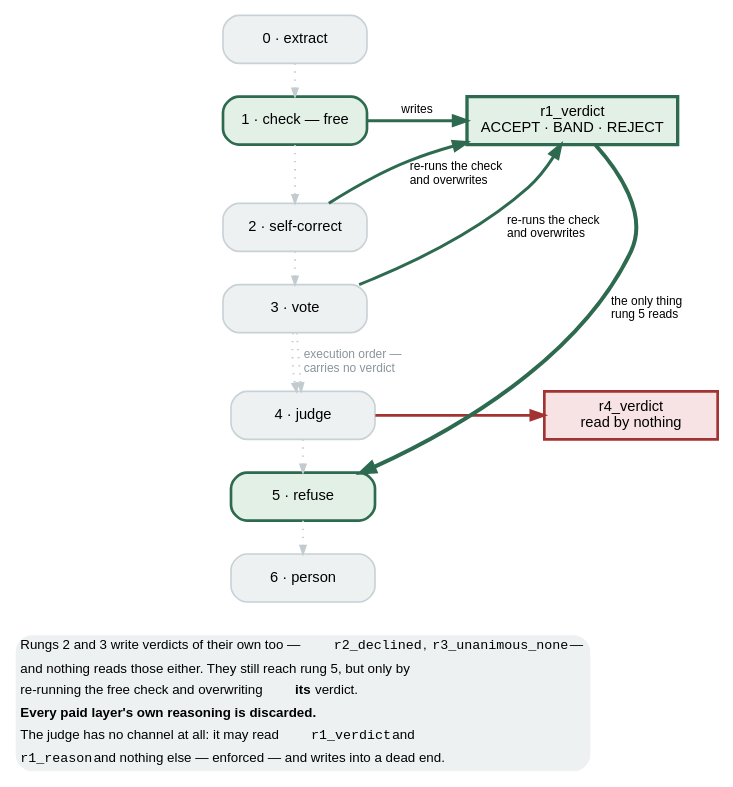
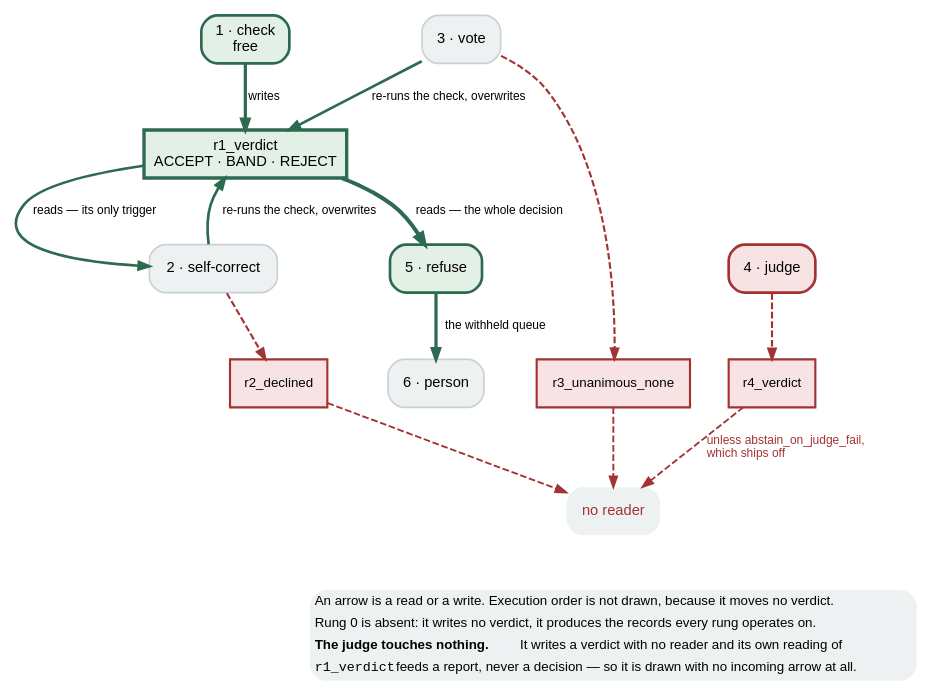
One commit to wbagais/reliability-ladder changed the diagram in docs/figures/fig1-wiring.dot. Above: the diagram before and after it, drawn with Graphviz. The commit also changed 3 other files, not shown here.

First line of the commit message:
redraw the wiring figure again: an arrow means a read or a write

```diff
--- a/docs/figures/fig1-wiring.dot
+++ b/docs/figures/fig1-wiring.dot
@@ -1,58 +1,61 @@
-// What actually propagates up the ladder. Redrawn 2026-09-03.
+// VERDICT FLOW. Redrawn twice on 2026-09-03.
 //
-// THE DEFECT IN THE PREVIOUS VERSION: it drew execution order and data flow as
-// the same kind of arrow, in a diagram whose entire subject is what reads what.
-// A reader could only conclude the judge reads from the vote. It does not: r4's
-// input boundary is ENFORCED to `r1_verdict` and `r1_reason` and nothing else
-// (ladder/rungs/r4.py:24). Execution order is now dotted grey and labelled;
-// every solid arrow is a real read or write.
+// RULE FOR THIS FIGURE, and it is the owner's: an arrow exists only where a rung
+// genuinely READS or WRITES. Execution order is not a link and is not drawn — the
+// previous version drew it as a dotted spine, which made it look as though the
+// judge consumes the vote. It does not.
 //
-// IT ALSO MISSED THE FINDING. The old figure showed three orphaned fields. But
-// rungs 2 and 3 RE-RUN `r1.zone()` after changing a code and overwrite
-// `r1_verdict` (r2.py:451, r3.py:218) — so they do reach rung 5, through the
-// free check's channel rather than their own. Rung 4 alone has no channel.
+// Rung 0 is absent because it writes no verdict; it produces the records every
+// rung then operates on. Rung 4's read of `r1_verdict` is NOT drawn: it happens
+// (r4.py:267) but only to build the aggregate report, never to judge.
+// `r4_verdict` has a reader ONLY under `abstain_on_judge_fail`, which is off in
+// the shipped configuration — drawn dashed and labelled as such.
 //
-// COLOUR KEY: green #2d6a4f the free check and its channel · red #a33333 dead
-// end · grey execution order, which carries no information.
-digraph wiring {
-  rankdir=TB; bgcolor="white"; ranksep=0.34; nodesep=0.5;
+// Sources: r1 writes (r1.py) · r2 reads as its trigger (r2.py:347) and rewrites
+// (r2.py:451) · r3 rewrites (r3.py:218) · r5 reads (r5.py:82) · r6 takes r5's
+// ABSTAIN residue with checks.withheld (r6.py:94).
+digraph verdicts {
+  rankdir=TB; bgcolor="white"; ranksep=0.55; nodesep=0.4;
   node [shape=box style="filled,rounded" fontname="Helvetica" fontsize=11
-        fillcolor="#eef1f2" color="#c8d1d5" penwidth=1.2 width=1.5];
-  edge [fontname="Helvetica" fontsize=9];
+        fillcolor="#eef1f2" color="#c8d1d5" penwidth=1.2];
+  edge [fontname="Helvetica" fontsize=9 arrowsize=0.8];
 
-  R0 [label="0 · extract"];
-  R1 [label="1 · check — free" fillcolor="#e3f0e6" color="#2d6a4f" penwidth=2];
+  R1 [label="1 · check\nfree" fillcolor="#e3f0e6" color="#2d6a4f" penwidth=2];
   R2 [label="2 · self-correct"];
   R3 [label="3 · vote"];
-  R4 [label="4 · judge"];
+  R4 [label="4 · judge" fillcolor="#f7e3e3" color="#a33333" penwidth=2];
   R5 [label="5 · refuse" fillcolor="#e3f0e6" color="#2d6a4f" penwidth=2];
   R6 [label="6 · person"];
-  R0 -> R1 -> R2 -> R3 -> R4 -> R5 -> R6
-     [style=dotted color="#c3cbcf" arrowsize=0.6 penwidth=1.4];
-  R3 -> R4 [style=dotted color="#c3cbcf" arrowsize=0.6 penwidth=1.4
-            label="  execution order —\l  carries no verdict\l" fontcolor="#8a959a"];
 
-  V [label="r1_verdict\nACCEPT · BAND · REJECT" fillcolor="#e3f0e6"
-     color="#2d6a4f" penwidth=2.5 style="filled" width=2.2];
-  D [label="r4_verdict\nread by nothing" fillcolor="#f7e3e3" color="#a33333"
-     penwidth=2 style="filled" width=1.8];
+  V [label="r1_verdict\nACCEPT · BAND · REJECT" style=filled fillcolor="#e3f0e6"
+     color="#2d6a4f" penwidth=2.5 shape=box];
+  D2 [label="r2_declined" style=filled fillcolor="#f7e3e3" color="#a33333" penwidth=1.6 fontsize=10];
+  D3 [label="r3_unanimous_none" style=filled fillcolor="#f7e3e3" color="#a33333" penwidth=1.6 fontsize=10];
+  D4 [label="r4_verdict" style=filled fillcolor="#f7e3e3" color="#a33333" penwidth=1.6 fontsize=10];
+  NR [label="no reader" shape=plaintext fontcolor="#a33333" fontsize=11];
 
-  R1 -> V [color="#2d6a4f" penwidth=2.2 label=" writes" constraint=false];
-  R2 -> V [color="#2d6a4f" penwidth=2.2 label=" re-runs the check\l and overwrites\l" constraint=false];
-  R3 -> V [color="#2d6a4f" penwidth=2.2 label=" re-runs the check\l and overwrites\l" constraint=false];
-  V -> R5 [color="#2d6a4f" penwidth=3 label="the only thing\lrung 5 reads\l" constraint=false labeldistance=2];
-  R4 -> D [color="#a33333" penwidth=2 constraint=false];
+  R1 -> V  [color="#2d6a4f" penwidth=2.4 label="writes"];
+  V  -> R2 [color="#2d6a4f" penwidth=2.0 label="reads — its only trigger"];
+  R2 -> V  [color="#2d6a4f" penwidth=2.0 label="re-runs the check, overwrites"];
+  R3 -> V  [color="#2d6a4f" penwidth=2.0 label="re-runs the check, overwrites"];
+  V  -> R5 [color="#2d6a4f" penwidth=3.0 label="reads — the whole decision"];
+  R5 -> R6 [color="#2d6a4f" penwidth=2.4 label="the withheld queue"];
+
+  R2 -> D2 [color="#a33333" penwidth=1.6 style=dashed];
+  R3 -> D3 [color="#a33333" penwidth=1.6 style=dashed];
+  R4 -> D4 [color="#a33333" penwidth=1.6 style=dashed];
+  D2 -> NR [color="#a33333" penwidth=1.4 style=dashed];
+  D3 -> NR [color="#a33333" penwidth=1.4 style=dashed];
+  D4 -> NR [color="#a33333" penwidth=1.4 style=dashed
+            label="unless abstain_on_judge_fail,\lwhich ships off\l" fontcolor="#a33333"];
 
   note [shape=none margin=0 label=<
     <TABLE BORDER="0" CELLBORDER="0" CELLSPACING="0" CELLPADDING="3">
-      <TR><TD ALIGN="LEFT"><FONT POINT-SIZE="10">Rungs 2 and 3 write verdicts of their own too — <FONT FACE="Courier">r2_declined</FONT>, <FONT FACE="Courier">r3_unanimous_none</FONT> —</FONT></TD></TR>
-      <TR><TD ALIGN="LEFT"><FONT POINT-SIZE="10">and nothing reads those either. They still reach rung 5, but only by</FONT></TD></TR>
-      <TR><TD ALIGN="LEFT"><FONT POINT-SIZE="10">re-running the free check and overwriting <B>its</B> verdict.</FONT></TD></TR>
-      <TR><TD ALIGN="LEFT"><FONT POINT-SIZE="10"><B>Every paid layer&#39;s own reasoning is discarded.</B></FONT></TD></TR>
-      <TR><TD ALIGN="LEFT"><FONT POINT-SIZE="10">The judge has no channel at all: it may read <FONT FACE="Courier">r1_verdict</FONT> and</FONT></TD></TR>
-      <TR><TD ALIGN="LEFT"><FONT POINT-SIZE="10"><FONT FACE="Courier">r1_reason</FONT> and nothing else — enforced — and writes into a dead end.</FONT></TD></TR>
+      <TR><TD ALIGN="LEFT"><FONT POINT-SIZE="10">An arrow is a read or a write. Execution order is not drawn, because it moves no verdict.</FONT></TD></TR>
+      <TR><TD ALIGN="LEFT"><FONT POINT-SIZE="10">Rung 0 is absent: it writes no verdict, it produces the records every rung operates on.</FONT></TD></TR>
+      <TR><TD ALIGN="LEFT"><FONT POINT-SIZE="10"><B>The judge touches nothing.</B> It writes a verdict with no reader and its own reading of</FONT></TD></TR>
+      <TR><TD ALIGN="LEFT"><FONT POINT-SIZE="10"><FONT FACE="Courier">r1_verdict</FONT> feeds a report, never a decision — so it is drawn with no incoming arrow at all.</FONT></TD></TR>
     </TABLE>>];
-  R6 -> note [style=invis];
-  {rank=same; R1; V;}
-  {rank=same; R4; D;}
+  NR -> note [style=invis];
+  {rank=same; D2; D3; D4;}
 }
```
